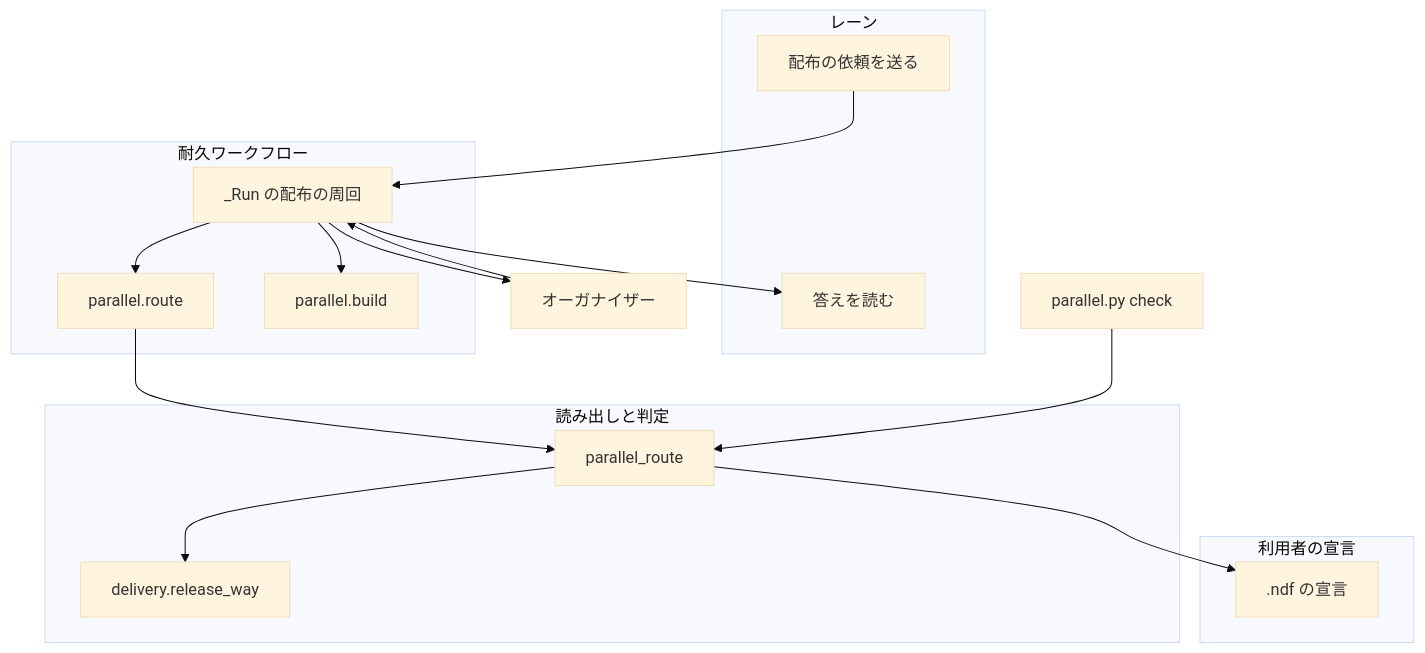
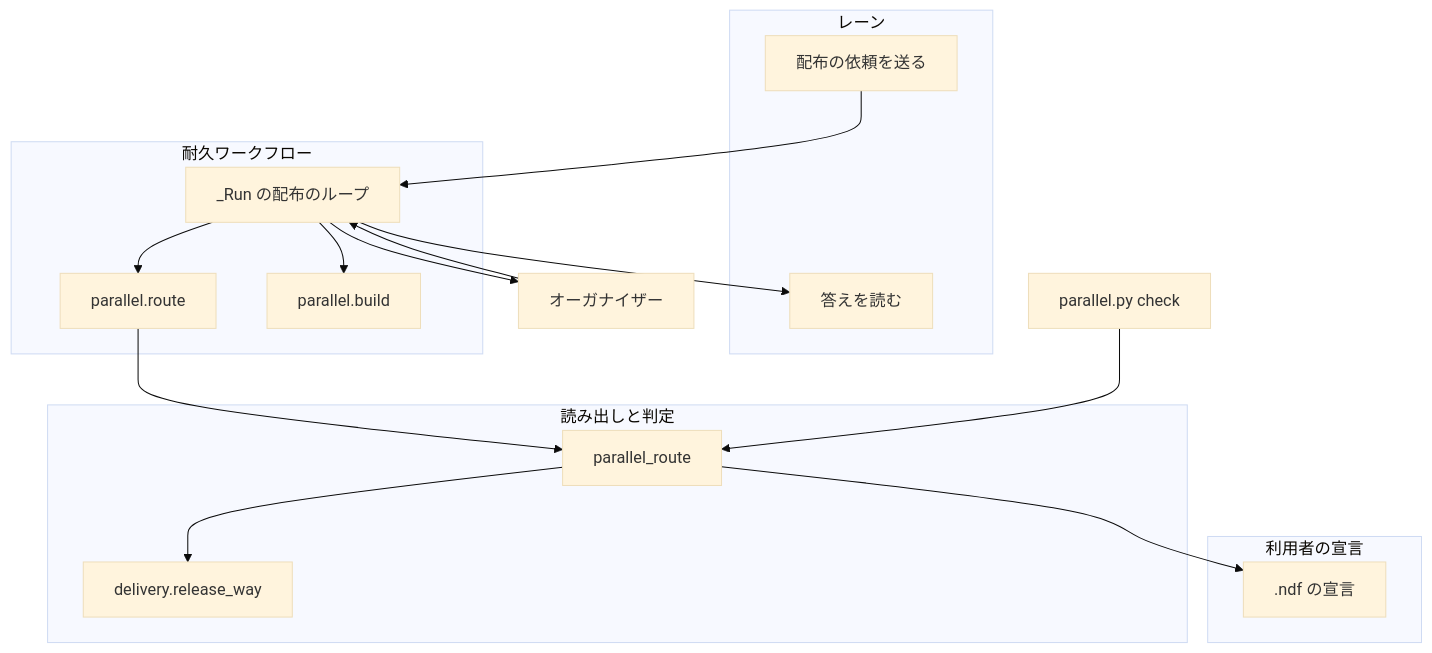
One commit to devbasex/ai-plugins changed the first of 6 diagrams in issues/issue-2616-design.md. Above: the diagram before and after it, drawn with Mermaid (base theme). The commit also changed other lines of this file, not shown here.

````diff
--- a/issues/issue-2616-design.md
+++ b/issues/issue-2616-design.md
@@ -148,31 +152,31 @@
 ```mermaid
 graph TB
   subgraph レーン
     L[配布の依頼を送る]
     A[答えを読む]
   end
   subgraph 耐久ワークフロー
-    R[_Run の配布の周回]
+    R[_Run の配布のループ]
     S1[parallel.route]
     S2[parallel.build]
   end
   subgraph 読み出しと判定
     P[parallel_route]
     D[delivery.release_way]
   end
   subgraph 利用者の宣言
     W[.ndf の宣言]
   end
   O[オーガナイザー]
   C[parallel.py check]
   L --> R
   R --> S1
   R --> S2
   S1 --> P
   C --> P
   P --> D
   P --> W
   R --> A
   R --> O
   O --> R
 ```
````
